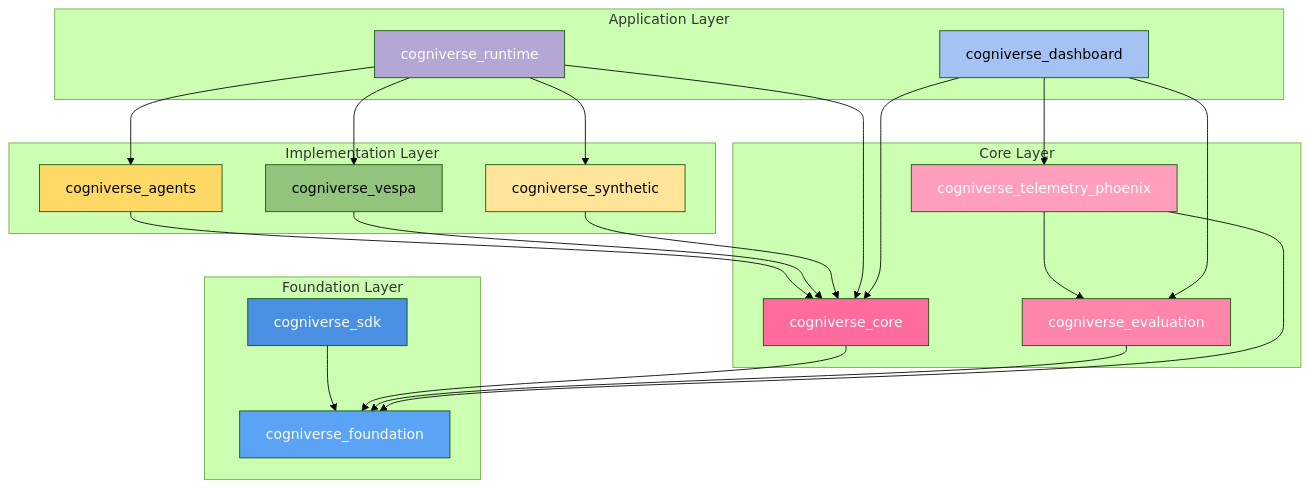
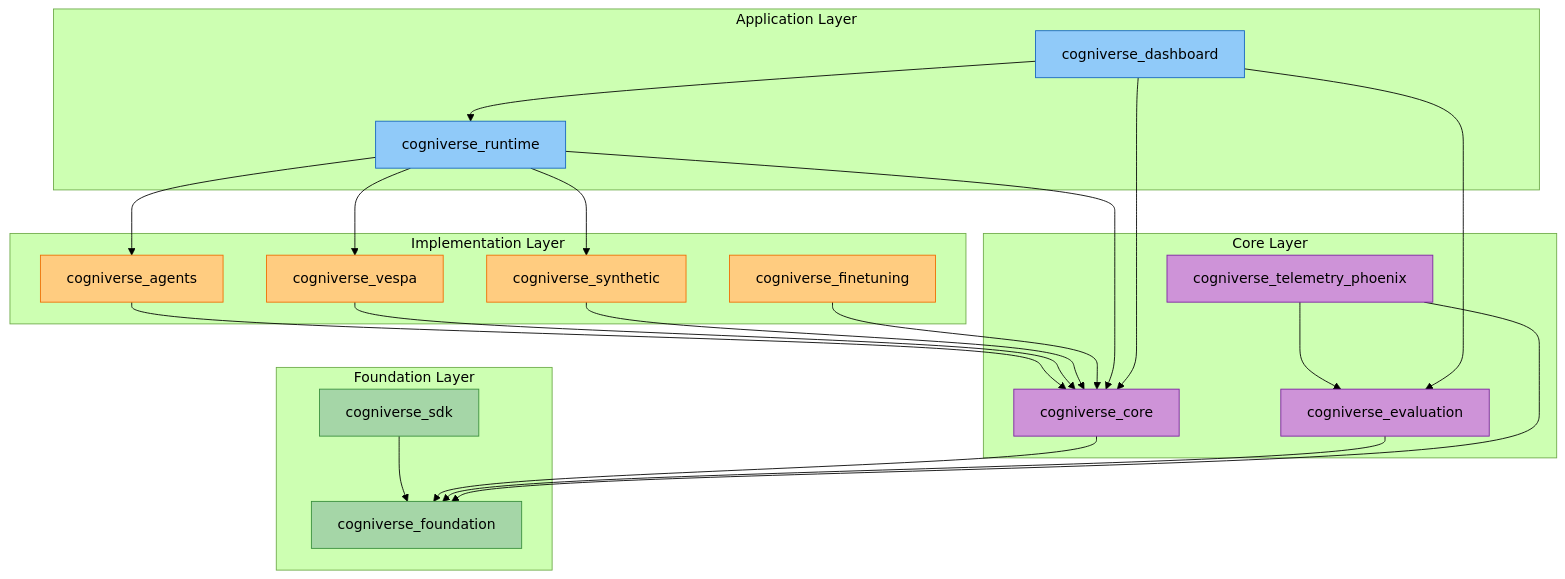
The second of 17 diagrams in docs/diagrams/sdk-architecture-diagrams.md (amit-jain/cogniverse), drawn with Mermaid (forest theme) before and after one commit. The commit also changed other lines of this file and 83 other files, not shown here.

First line of the commit message:
Fix documentation veracity, formatting, and diagrams across all modules

````diff
--- a/docs/diagrams/sdk-architecture-diagrams.md
+++ b/docs/diagrams/sdk-architecture-diagrams.md
@@ -89,65 +88,68 @@
 ```mermaid
-graph TB
-    subgraph "Foundation Layer"
-        SDK[cogniverse_sdk]
-        Foundation[cogniverse_foundation]
+flowchart TB
+    subgraph FoundationLayer["<span style='color:#000'>Foundation Layer</span>"]
+        SDK["<span style='color:#000'>cogniverse_sdk</span>"]
+        FoundationPkg["<span style='color:#000'>cogniverse_foundation</span>"]
     end
 
-    subgraph "Core Layer"
-        Core[cogniverse_core]
-        Evaluation[cogniverse_evaluation]
-        Phoenix[cogniverse_telemetry_phoenix]
+    subgraph CoreLayer["<span style='color:#000'>Core Layer</span>"]
+        Core["<span style='color:#000'>cogniverse_core</span>"]
+        Evaluation["<span style='color:#000'>cogniverse_evaluation</span>"]
+        Phoenix["<span style='color:#000'>cogniverse_telemetry_phoenix</span>"]
     end
 
-    subgraph "Implementation Layer"
-        Agents[cogniverse_agents]
-        Vespa[cogniverse_vespa]
-        Synthetic[cogniverse_synthetic]
+    subgraph ImplLayer["<span style='color:#000'>Implementation Layer</span>"]
+        Agents["<span style='color:#000'>cogniverse_agents</span>"]
+        Vespa["<span style='color:#000'>cogniverse_vespa</span>"]
+        Synthetic["<span style='color:#000'>cogniverse_synthetic</span>"]
+        Finetuning["<span style='color:#000'>cogniverse_finetuning</span>"]
     end
 
-    subgraph "Application Layer"
-        Runtime[cogniverse_runtime]
-        Dashboard[cogniverse_dashboard]
+    subgraph AppLayer["<span style='color:#000'>Application Layer</span>"]
+        Runtime["<span style='color:#000'>cogniverse_runtime</span>"]
+        Dashboard["<span style='color:#000'>cogniverse_dashboard</span>"]
     end
 
     %% Foundation dependencies
-    SDK --> Foundation
+    SDK --> FoundationPkg
 
     %% Core to Foundation
-    Core --> Foundation
-    Evaluation --> Foundation
-    Phoenix --> Foundation
+    Core --> FoundationPkg
+    Evaluation --> FoundationPkg
+    Phoenix --> FoundationPkg
     Phoenix --> Evaluation
 
     %% Implementation to Core
     Agents --> Core
     Vespa --> Core
     Synthetic --> Core
+    Finetuning --> Core
 
     %% Application to Implementation/Core
     Runtime --> Core
     Runtime --> Agents
     Runtime --> Vespa
     Runtime --> Synthetic
     Dashboard --> Core
     Dashboard --> Evaluation
-    Dashboard --> Phoenix
+    Dashboard --> Runtime
 
-    %% Foundation Layer (blue)
-    style SDK fill:#4A90E2,color:#fff
-    style Foundation fill:#5BA3F5,color:#fff
+    %% Foundation Layer (green)
+    style SDK fill:#a5d6a7,stroke:#388e3c,color:#000
+    style FoundationPkg fill:#a5d6a7,stroke:#388e3c,color:#000
 
-    %% Core Layer (pink)
-    style Core fill:#FF6B9D,color:#fff
-    style Evaluation fill:#FF85AD,color:#fff
-    style Phoenix fill:#FF9FBD,color:#fff
+    %% Core Layer (purple)
+    style Core fill:#ce93d8,stroke:#7b1fa2,color:#000
+    style Evaluation fill:#ce93d8,stroke:#7b1fa2,color:#000
+    style Phoenix fill:#ce93d8,stroke:#7b1fa2,color:#000
 
-    %% Implementation Layer (yellow/green)
-    style Agents fill:#FFD966
-    style Vespa fill:#93C47D
-    style Synthetic fill:#FFE599
+    %% Implementation Layer (orange)
+    style Agents fill:#ffcc80,stroke:#ef6c00,color:#000
+    style Vespa fill:#ffcc80,stroke:#ef6c00,color:#000
+    style Synthetic fill:#ffcc80,stroke:#ef6c00,color:#000
+    style Finetuning fill:#ffcc80,stroke:#ef6c00,color:#000
 
-    %% Application Layer (light blue/purple)
-    style Runtime fill:#B4A7D6,color:#fff
-    style Dashboard fill:#A4C2F4
+    %% Application Layer (blue)
+    style Runtime fill:#90caf9,stroke:#1565c0,color:#000
+    style Dashboard fill:#90caf9,stroke:#1565c0,color:#000
 ```
````
